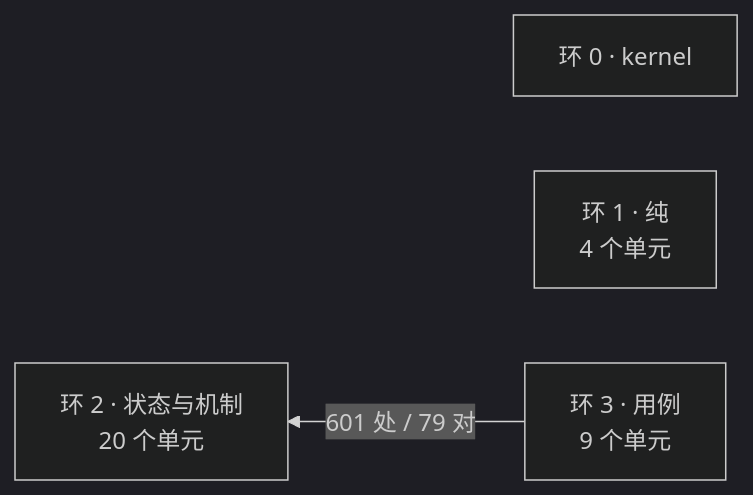
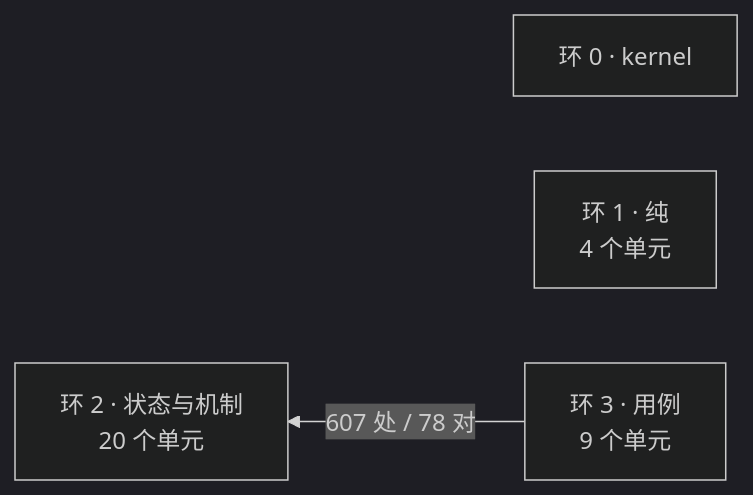
Before and after one commit to theRMM714/Solomni: the diagram in docs/architecture/dependency-map.md, drawn with Mermaid (dark theme). The commit also changed other lines of this file and 77 other files, not shown here.

````diff
--- a/docs/architecture/dependency-map.md
+++ b/docs/architecture/dependency-map.md
@@ -14,8 +14,8 @@
 ```mermaid
 flowchart RL
   R0["环 0 · kernel"]
   R1["环 1 · 纯<br/>4 个单元"]
   R2["环 2 · 状态与机制<br/>20 个单元"]
   R3["环 3 · 用例<br/>9 个单元"]
-  R3 -->|"601 处 / 79 对"| R2
+  R3 -->|"607 处 / 78 对"| R2
 ```
````
